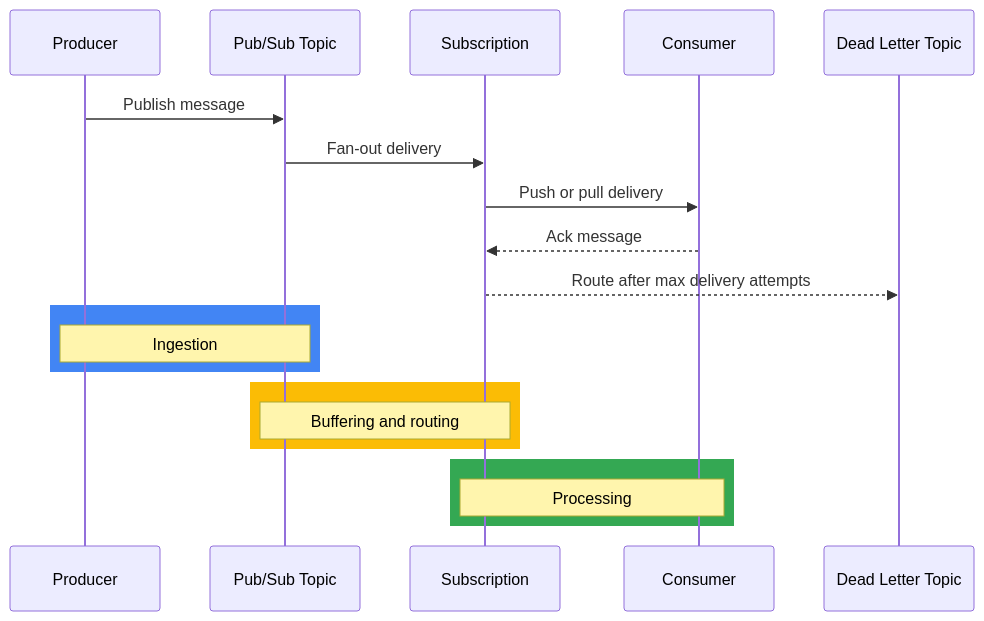
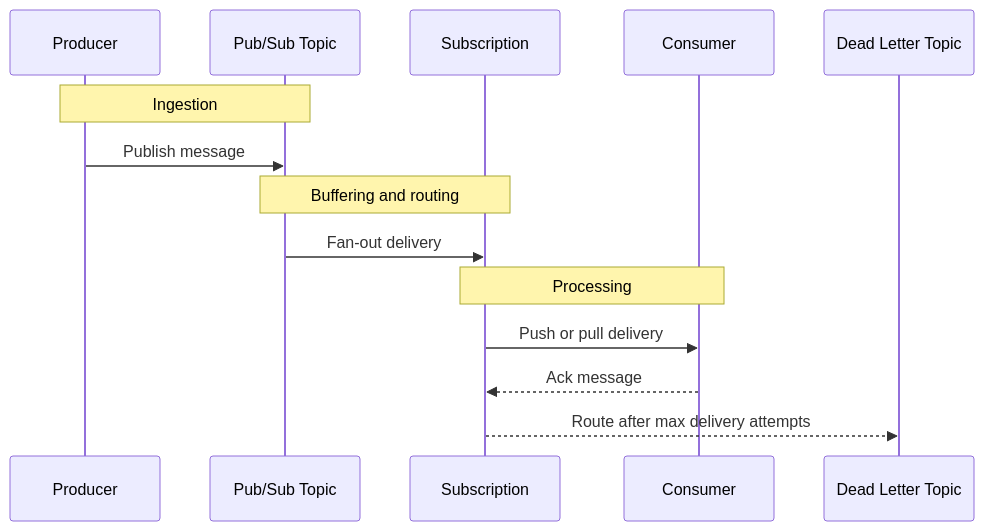
One commit to ShasidharReddy/GCP-Cloud-Engineer changed the fourth of 11 diagrams in DataPipeline/README.md. Above: the diagram before and after it, drawn with Mermaid. The commit also changed other lines of this file and 7 other files, not shown here.

Commit message:
fix: resolve Mermaid rendering errors and add official GCP documentation links (#9)

````diff
--- a/DataPipeline/README.md
+++ b/DataPipeline/README.md
@@ -289,24 +289,17 @@
 ```mermaid
 sequenceDiagram
     participant P as Producer
     participant T as Pub/Sub Topic
     participant S as Subscription
     participant C as Consumer
     participant D as Dead Letter Topic
 
+    Note over P,T: Ingestion
     P->>T: Publish message
+    Note over T,S: Buffering and routing
     T->>S: Fan-out delivery
+    Note over S,C: Processing
     S->>C: Push or pull delivery
     C-->>S: Ack message
     S-->>D: Route after max delivery attempts
-
-    rect rgb(66,133,244)
-    note over P,T: Ingestion
-    end
-    rect rgb(251,188,5)
-    note over T,S: Buffering and routing
-    end
-    rect rgb(52,168,83)
-    note over S,C: Processing
-    end
 ```
````
